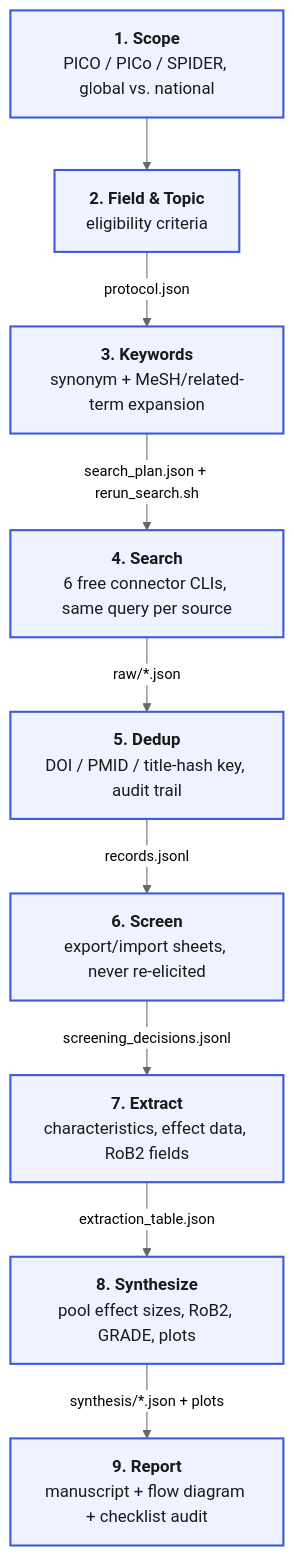
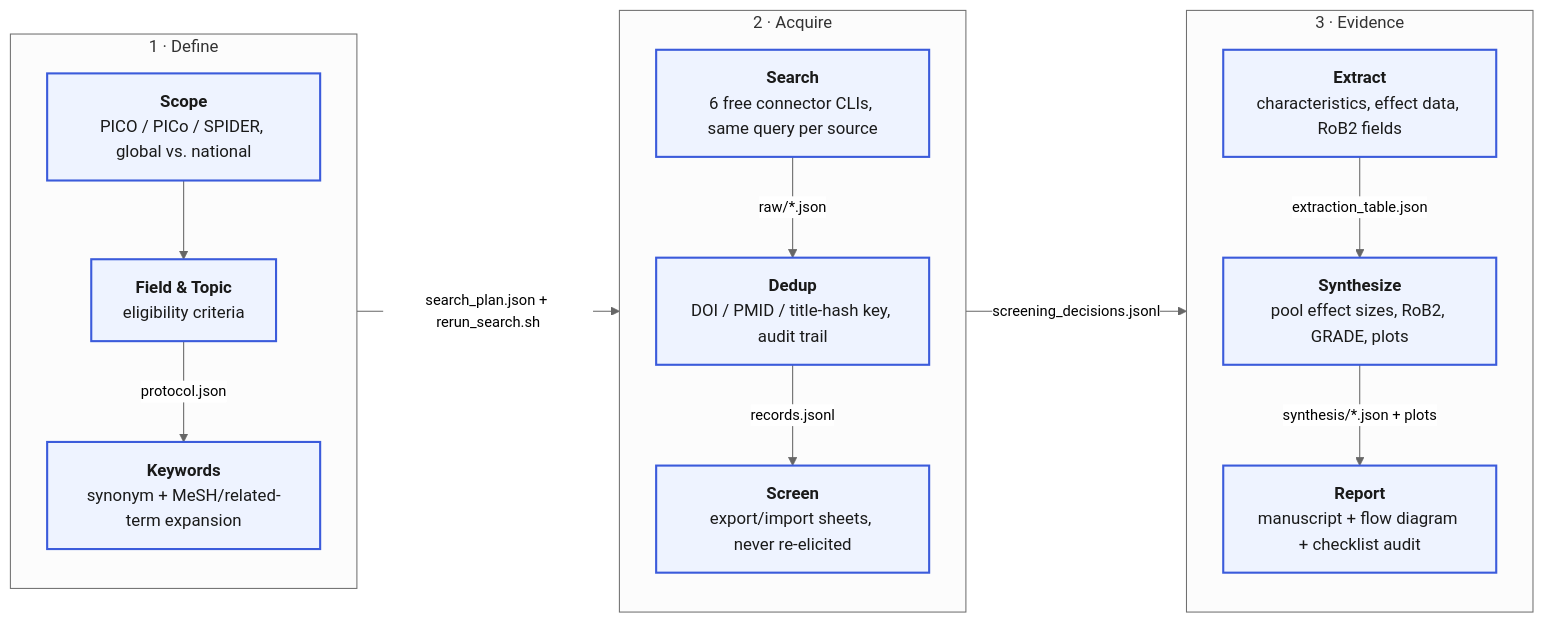
The diagram in README.md (JinhoKim46/litreview-agent), drawn with Mermaid (neutral theme) before and after one commit.

Commit message:
Lay out the pipeline diagram as 3 columns of 3 stages
Groups the 9 stages into three subgraphs (Define / Acquire /
Evidence), each flowing top-to-bottom internally, arranged left to
right overall. The two cross-column edges (Keywords->Search,
Screen->Extract) sweep from the bottom of one column up to the top
of the next, giving a compact serpentine layout instead of either a
too-wide single row or a too-tall single column.

````diff
--- a/README.md
+++ b/README.md
@@ -11,25 +11,36 @@
 ```mermaid
-flowchart TD
-    Scope["<b>1. Scope</b><br/>PICO / PICo / SPIDER, global vs. national"]
-    Field["<b>2. Field &amp; Topic</b><br/>eligibility criteria"]
-    Keywords["<b>3. Keywords</b><br/>synonym + MeSH/related-term expansion"]
-    Search["<b>4. Search</b><br/>6 free connector CLIs, same query per source"]
-    Dedup["<b>5. Dedup</b><br/>DOI / PMID / title-hash key, audit trail"]
-    Screen["<b>6. Screen</b><br/>export/import sheets, never re-elicited"]
-    Extract["<b>7. Extract</b><br/>characteristics, effect data, RoB2 fields"]
-    Synthesize["<b>8. Synthesize</b><br/>pool effect sizes, RoB2, GRADE, plots"]
-    Report["<b>9. Report</b><br/>manuscript + flow diagram + checklist audit"]
+flowchart LR
+    subgraph s1["1 · Define"]
+        direction TB
+        Scope["<b>Scope</b><br/>PICO / PICo / SPIDER, global vs. national"]
+        Field["<b>Field &amp; Topic</b><br/>eligibility criteria"]
+        Keywords["<b>Keywords</b><br/>synonym + MeSH/related-term expansion"]
+        Scope --> Field
+        Field -- "protocol.json" --> Keywords
+    end
 
-    Scope --> Field
-    Field -- "protocol.json" --> Keywords
+    subgraph s2["2 · Acquire"]
+        direction TB
+        Search["<b>Search</b><br/>6 free connector CLIs, same query per source"]
+        Dedup["<b>Dedup</b><br/>DOI / PMID / title-hash key, audit trail"]
+        Screen["<b>Screen</b><br/>export/import sheets, never re-elicited"]
+        Search -- "raw/*.json" --> Dedup
+        Dedup -- "records.jsonl" --> Screen
+    end
+
+    subgraph s3["3 · Evidence"]
+        direction TB
+        Extract["<b>Extract</b><br/>characteristics, effect data, RoB2 fields"]
+        Synthesize["<b>Synthesize</b><br/>pool effect sizes, RoB2, GRADE, plots"]
+        Report["<b>Report</b><br/>manuscript + flow diagram + checklist audit"]
+        Extract -- "extraction_table.json" --> Synthesize
+        Synthesize -- "synthesis/*.json + plots" --> Report
+    end
+
     Keywords -- "search_plan.json + rerun_search.sh" --> Search
-    Search -- "raw/*.json" --> Dedup
-    Dedup -- "records.jsonl" --> Screen
     Screen -- "screening_decisions.jsonl" --> Extract
-    Extract -- "extraction_table.json" --> Synthesize
-    Synthesize -- "synthesis/*.json + plots" --> Report
 
     classDef stage fill:#eef3ff,stroke:#3b5bdb,stroke-width:2px,color:#1a1a1a,font-size:16px;
     class Scope,Field,Keywords,Search,Dedup,Screen,Extract,Synthesize,Report stage;
     linkStyle default font-size:14px;
 ```
````
